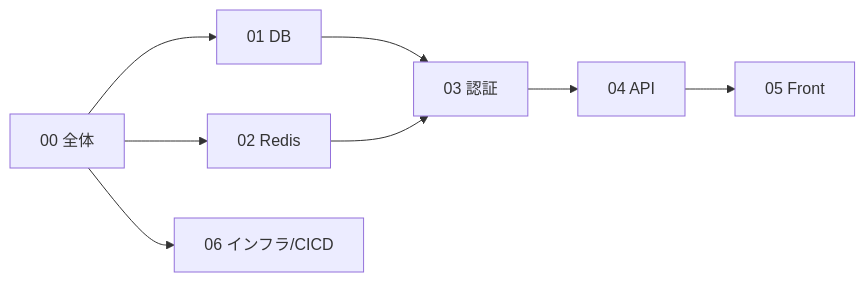
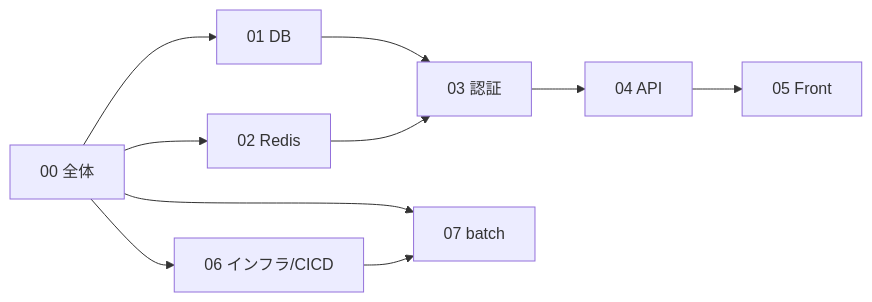
Before and after one commit to oikawa-d/task_management: the diagram in basic_design/README.md, drawn with Mermaid. The commit also changed other lines of this file and 3 other files, not shown here.

````diff
--- a/basic_design/README.md
+++ b/basic_design/README.md
@@ -20,10 +21,12 @@
 ```mermaid
 flowchart LR
     A[00 全体] --> B[01 DB]
     A --> C[02 Redis]
     B --> D[03 認証]
     C --> D
     D --> E[04 API]
     E --> F[05 Front]
     A --> G[06 インフラ/CICD]
+    A --> H[07 batch]
+    G --> H
 ```
````
